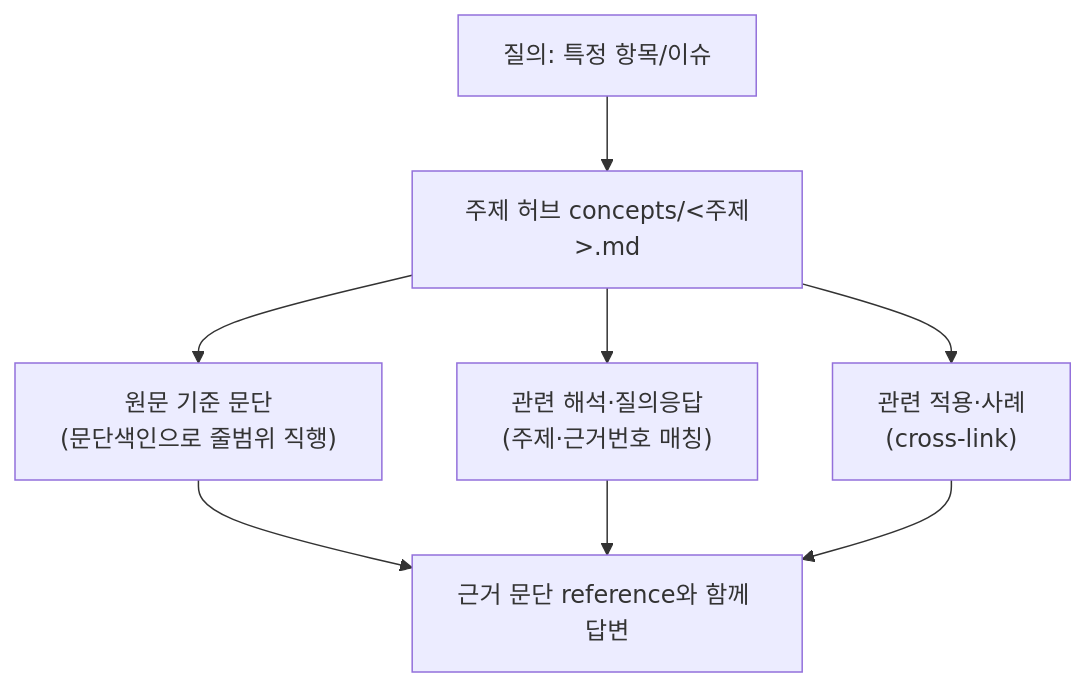
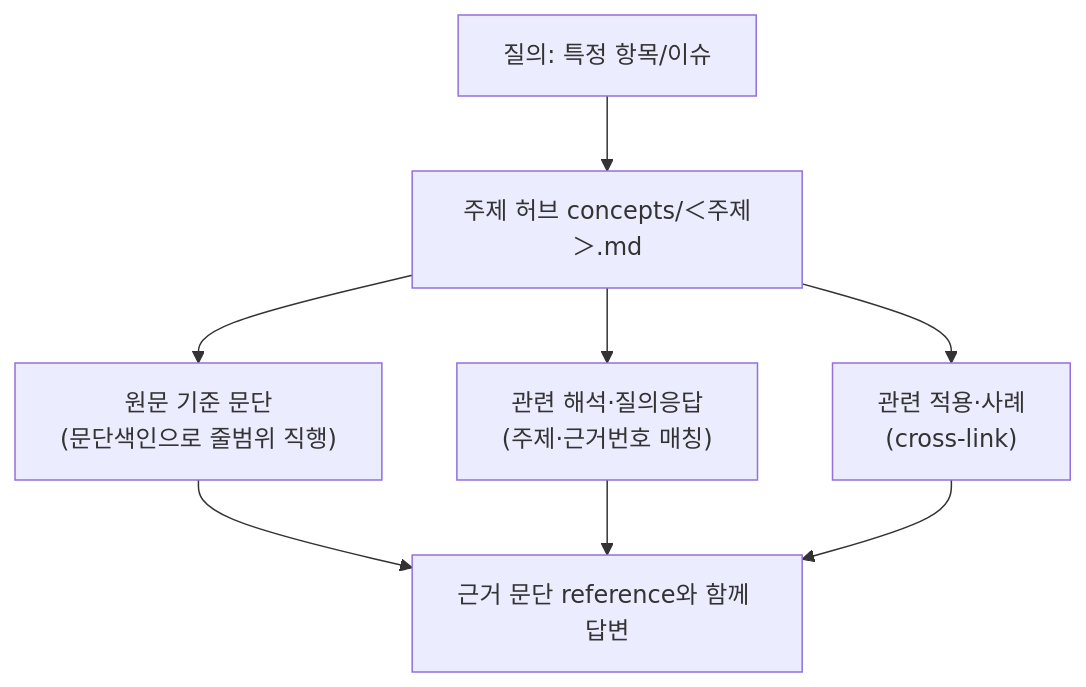
Before and after one commit to DBhyeong/DBhyeong.github.io: the eighth of 11 diagrams in content/reading/llm-wiki-three-repos-and-precise-citation-kb.md, drawn with Mermaid. The commit also changed other lines of this file and 9 other files, not shown here.

First line of the commit message:
blog: 어제자 3편 발행 + 옛글 mermaid 렌더깨짐 34건 일괄 수정

````diff
--- a/content/reading/llm-wiki-three-repos-and-precise-citation-kb.md
+++ b/content/reading/llm-wiki-three-repos-and-precise-citation-kb.md
@@ -272,10 +272,10 @@
 ```mermaid
 flowchart TD
-    Q["질의: 특정 항목/이슈"] --> H["주제 허브 concepts/<주제>.md"]
+    Q["질의: 특정 항목/이슈"] --> H["주제 허브 concepts/＜주제＞.md"]
     H --> S1["원문 기준 문단<br/>(문단색인으로 줄범위 직행)"]
     H --> S2["관련 해석·질의응답<br/>(주제·근거번호 매칭)"]
     H --> S3["관련 적용·사례<br/>(cross-link)"]
     S1 --> A["근거 문단 reference와 함께 답변"]
     S2 --> A
     S3 --> A
 ```
````
